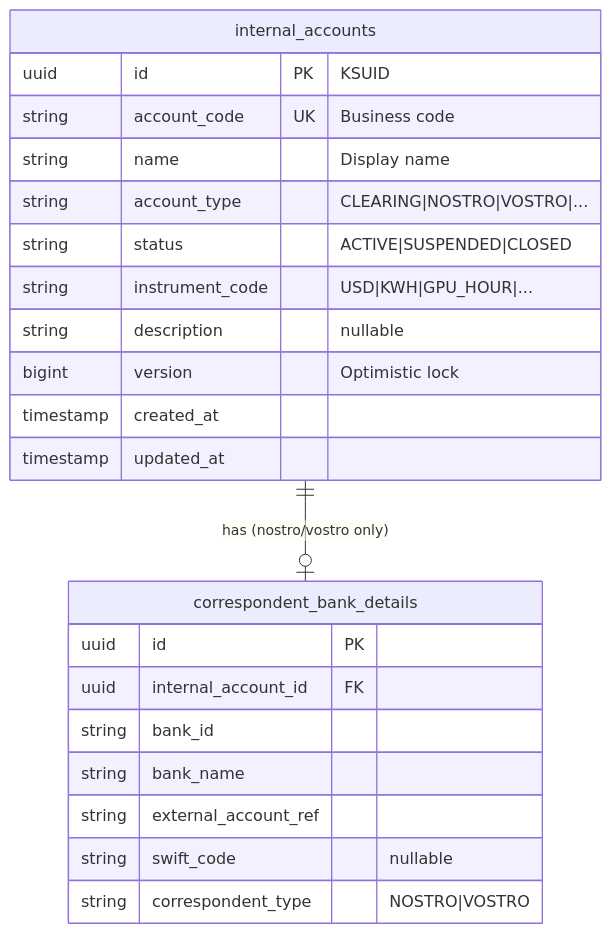
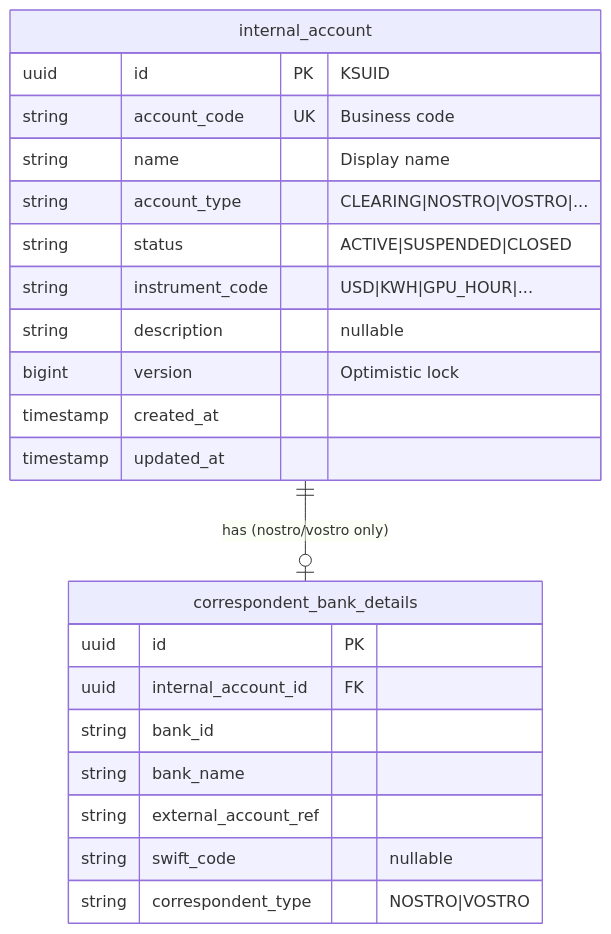
One commit to meridianhub/meridian changed the fifth of 6 diagrams in services/internal-account/README.md. Above: the diagram before and after it, drawn with Mermaid. The commit also changed 6 other files, not shown here.

````diff
--- a/services/internal-account/README.md
+++ b/services/internal-account/README.md
@@ -514,27 +514,27 @@
 ```mermaid
 erDiagram
-    internal_accounts {
+    internal_account {
         uuid id PK "KSUID"
         string account_code UK "Business code"
         string name "Display name"
         string account_type "CLEARING|NOSTRO|VOSTRO|..."
         string status "ACTIVE|SUSPENDED|CLOSED"
         string instrument_code "USD|KWH|GPU_HOUR|..."
         string description "nullable"
         bigint version "Optimistic lock"
         timestamp created_at
         timestamp updated_at
     }
 
     correspondent_bank_details {
         uuid id PK
         uuid internal_account_id FK
         string bank_id
         string bank_name
         string external_account_ref
         string swift_code "nullable"
         string correspondent_type "NOSTRO|VOSTRO"
     }
 
-    internal_accounts ||--o| correspondent_bank_details : "has (nostro/vostro only)"
+    internal_account ||--o| correspondent_bank_details : "has (nostro/vostro only)"
 ```
````
